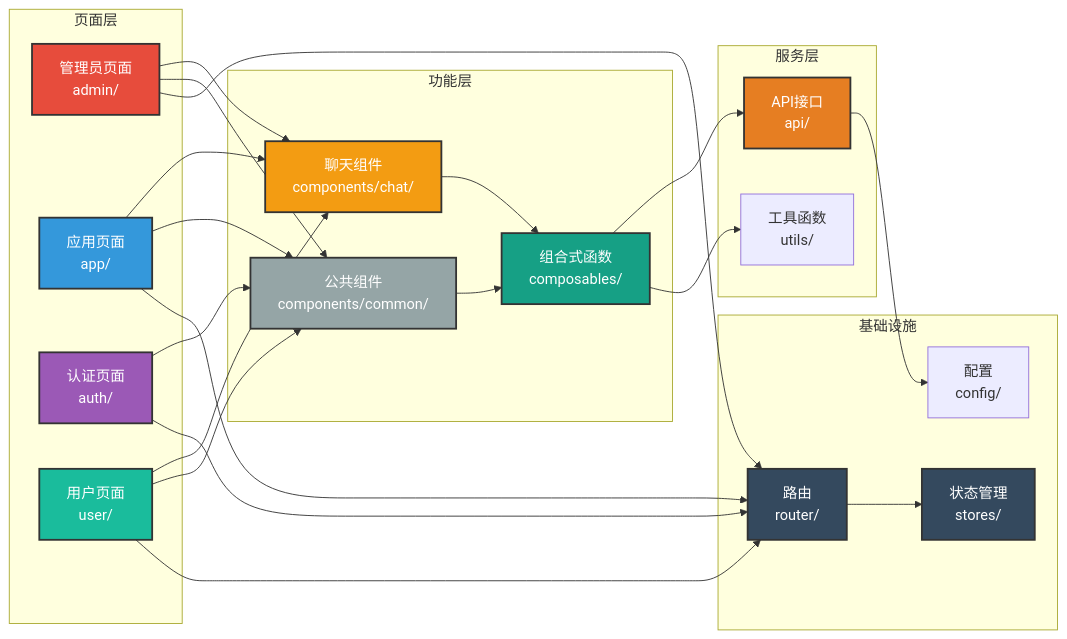
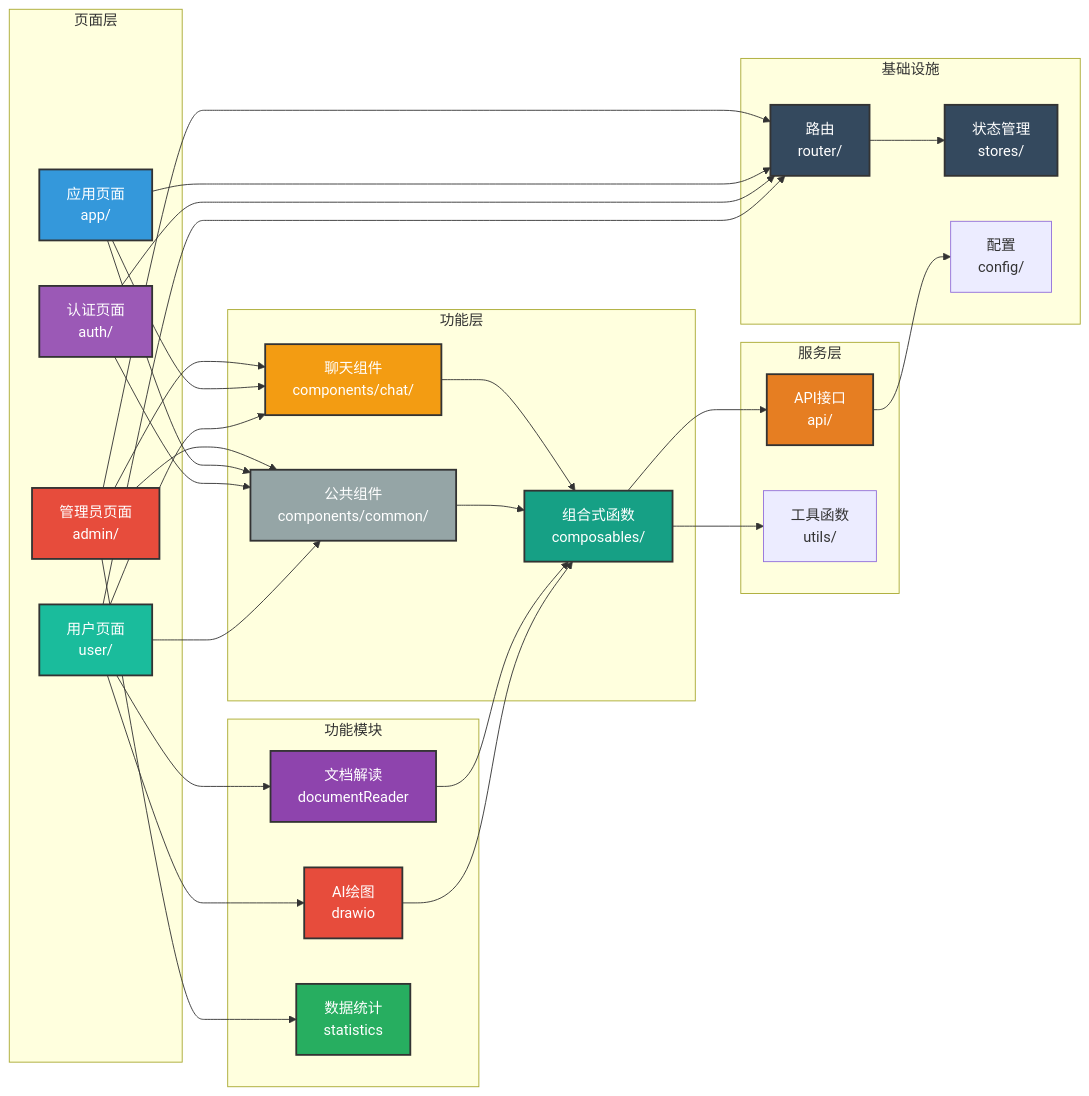
One commit to NanoAgentCode/DifyApp changed the third of 3 diagrams in frontend/README-frontend.md. Above: the diagram before and after it, drawn with Mermaid. The commit also changed other lines of this file and 2 other files, not shown here.

Commit message:
新增文档解读和数据统计模块，包含文档上传、解析、问答、翻译、思维导图生成等功能

````diff
--- a/frontend/README-frontend.md
+++ b/frontend/README-frontend.md
@@ -127,57 +137,71 @@
 ```mermaid
 graph LR
     subgraph "页面层"
         Admin[管理员页面<br/>admin/]
         App[应用页面<br/>app/]
         Auth[认证页面<br/>auth/]
         User[用户页面<br/>user/]
+    end
+    
+    subgraph "功能模块"
+        DocReader[文档解读<br/>documentReader]
+        DrawIO[AI绘图<br/>drawio]
+        Statistics[数据统计<br/>statistics]
     end
     
     subgraph "功能层"
         ChatComp[聊天组件<br/>components/chat/]
         CommonComp[公共组件<br/>components/common/]
         Composables[组合式函数<br/>composables/]
     end
     
     subgraph "服务层"
         API[API接口<br/>api/]
         Utils[工具函数<br/>utils/]
     end
     
     subgraph "基础设施"
         Router[路由<br/>router/]
         Store[状态管理<br/>stores/]
         Config[配置<br/>config/]
     end
     
     Admin --> ChatComp
     Admin --> CommonComp
     App --> ChatComp
     App --> CommonComp
     Auth --> CommonComp
     User --> ChatComp
     User --> CommonComp
+    User --> DocReader
+    User --> DrawIO
+    Admin --> Statistics
     
     ChatComp --> Composables
     CommonComp --> Composables
+    DocReader --> Composables
+    DrawIO --> Composables
     Composables --> API
     Composables --> Utils
     
     API --> Config
     Admin --> Router
     App --> Router
     Auth --> Router
     User --> Router
     Router --> Store
     
     style Admin fill:#e74c3c,stroke:#333,stroke-width:2px,color:#fff
     style App fill:#3498db,stroke:#333,stroke-width:2px,color:#fff
     style Auth fill:#9b59b6,stroke:#333,stroke-width:2px,color:#fff
     style User fill:#1abc9c,stroke:#333,stroke-width:2px,color:#fff
     style ChatComp fill:#f39c12,stroke:#333,stroke-width:2px,color:#fff
     style CommonComp fill:#95a5a6,stroke:#333,stroke-width:2px,color:#fff
     style Composables fill:#16a085,stroke:#333,stroke-width:2px,color:#fff
     style API fill:#e67e22,stroke:#333,stroke-width:2px,color:#fff
     style Router fill:#34495e,stroke:#333,stroke-width:2px,color:#fff
     style Store fill:#34495e,stroke:#333,stroke-width:2px,color:#fff
+    style DocReader fill:#8e44ad,stroke:#333,stroke-width:2px,color:#fff
+    style DrawIO fill:#e74c3c,stroke:#333,stroke-width:2px,color:#fff
+    style Statistics fill:#27ae60,stroke:#333,stroke-width:2px,color:#fff
 ```
````
